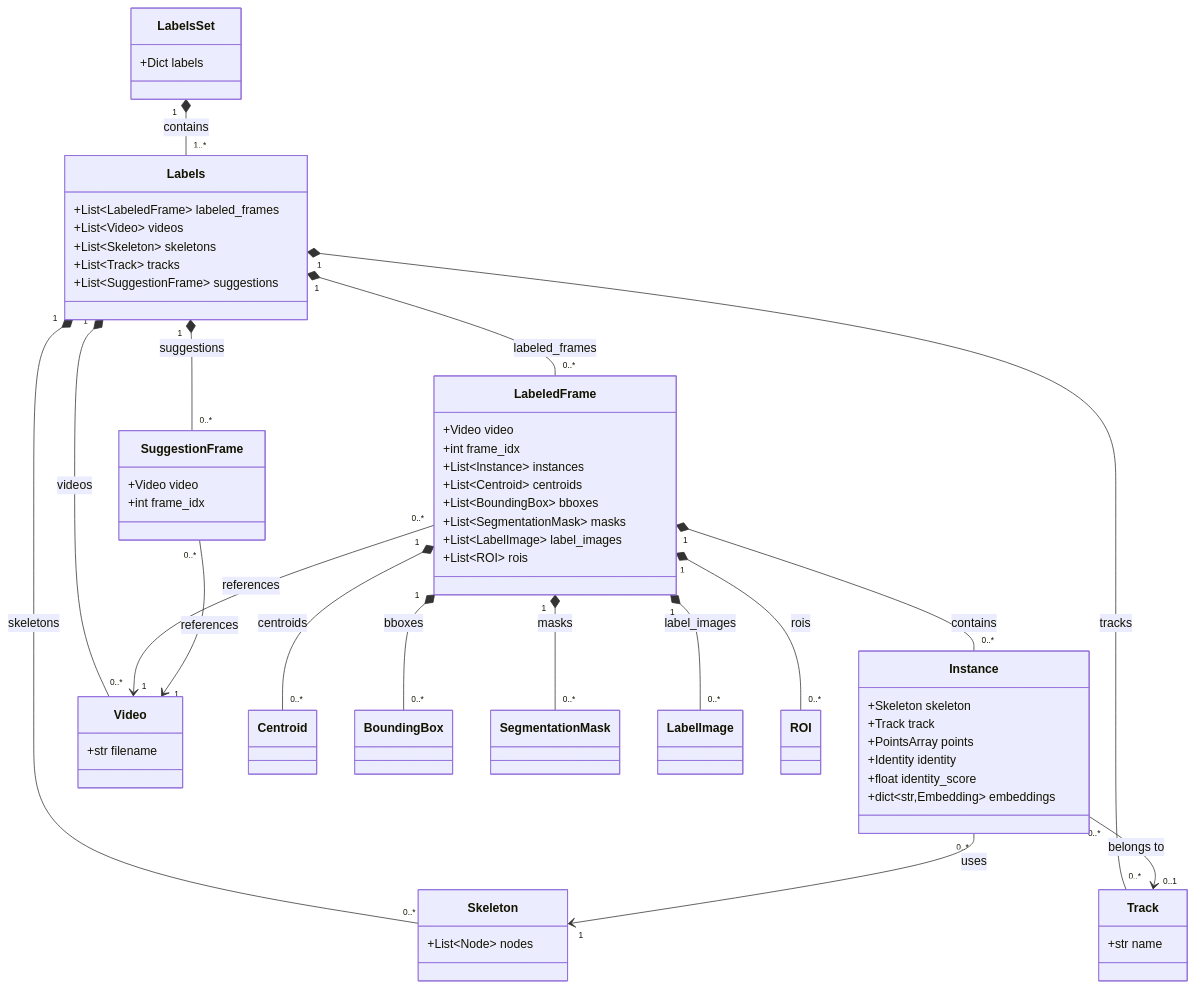
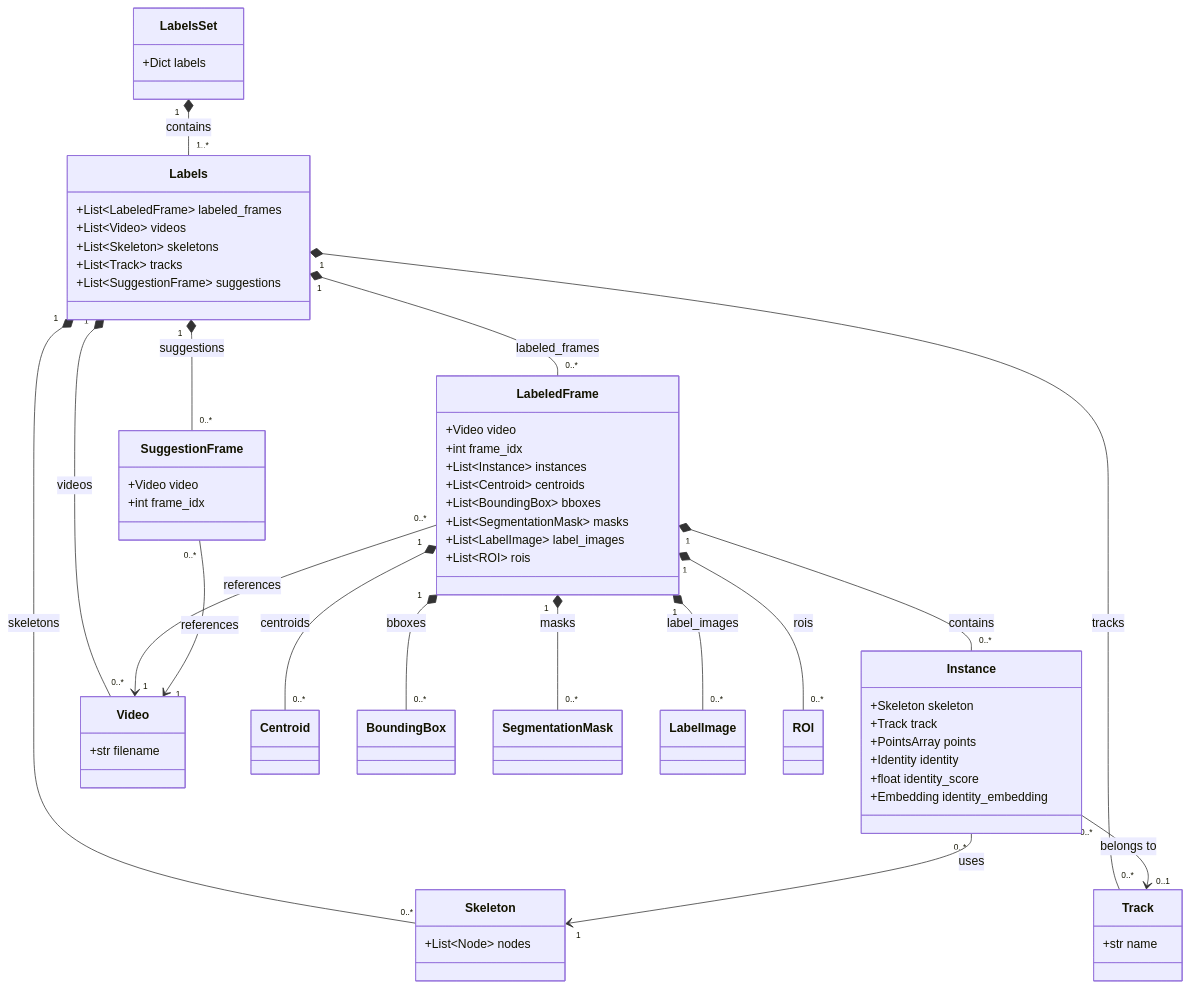
Before and after one commit to talmolab/sleap-io: the diagram in docs/model/labels.md, drawn with Mermaid. The commit also changed 35 other files, not shown here.

First line of the commit message:
refactor(model,io): simplify re-ID identity/embedding data model (#535)

````diff
--- a/docs/model/labels.md
+++ b/docs/model/labels.md
@@ -416,68 +416,68 @@
 ``` mermaid
 classDiagram
     class Labels {
         +List~LabeledFrame~ labeled_frames
         +List~Video~ videos
         +List~Skeleton~ skeletons
         +List~Track~ tracks
         +List~SuggestionFrame~ suggestions
     }
 
     class LabeledFrame {
         +Video video
         +int frame_idx
         +List~Instance~ instances
         +List~Centroid~ centroids
         +List~BoundingBox~ bboxes
         +List~SegmentationMask~ masks
         +List~LabelImage~ label_images
         +List~ROI~ rois
     }
 
     class Instance {
         +Skeleton skeleton
         +Track track
         +PointsArray points
         +Identity identity
         +float identity_score
-        +dict~str,Embedding~ embeddings
+        +Embedding identity_embedding
     }
 
     class Video {
         +str filename
     }
 
     class Skeleton {
         +List~Node~ nodes
     }
 
     class Track {
         +str name
     }
 
     class SuggestionFrame {
         +Video video
         +int frame_idx
     }
 
     class LabelsSet {
         +Dict labels
     }
 
     Labels "1" *-- "0..*" LabeledFrame : labeled_frames
     Labels "1" *-- "0..*" Video : videos
     Labels "1" *-- "0..*" Skeleton : skeletons
     Labels "1" *-- "0..*" Track : tracks
     Labels "1" *-- "0..*" SuggestionFrame : suggestions
     LabeledFrame "0..*" --> "1" Video : references
     LabeledFrame "1" *-- "0..*" Instance : contains
     Instance "0..*" --> "1" Skeleton : uses
     Instance "0..*" --> "0..1" Track : belongs to
     SuggestionFrame "0..*" --> "1" Video : references
     LabeledFrame "1" *-- "0..*" Centroid : centroids
     LabeledFrame "1" *-- "0..*" BoundingBox : bboxes
     LabeledFrame "1" *-- "0..*" SegmentationMask : masks
     LabeledFrame "1" *-- "0..*" LabelImage : label_images
     LabeledFrame "1" *-- "0..*" ROI : rois
     LabelsSet "1" *-- "1..*" Labels : contains
 ```
````
